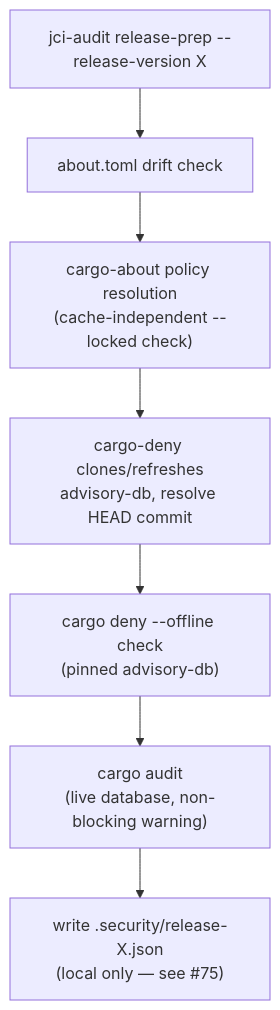
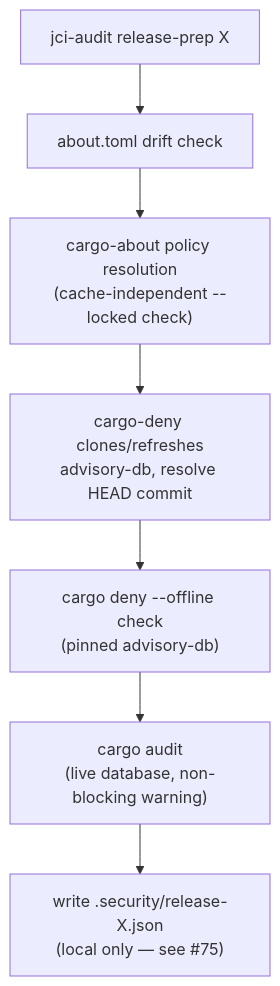
One commit to jerus-org/jci-audit changed the second of 3 diagrams in docs/design.md. Above: the diagram before and after it, drawn with Mermaid. The commit also changed 26 other files, not shown here.

````diff
--- a/docs/design.md
+++ b/docs/design.md
@@ -82,9 +82,9 @@
 ```mermaid
 flowchart TD
-    START["jci-audit release-prep --release-version X"] --> DRIFT2["about.toml drift check"]
+    START["jci-audit release-prep X"] --> DRIFT2["about.toml drift check"]
     DRIFT2 --> POLICY["cargo-about policy resolution\n(cache-independent --locked check)"]
     POLICY --> PIN["cargo-deny clones/refreshes\nadvisory-db, resolve HEAD commit"]
     PIN --> OFFLINE["cargo deny --offline check\n(pinned advisory-db)"]
     OFFLINE --> LIVE["cargo audit\n(live database, non-blocking warning)"]
     LIVE --> RECORD["write .security/release-X.json\n(local only — see #75)"]
 ```
````
